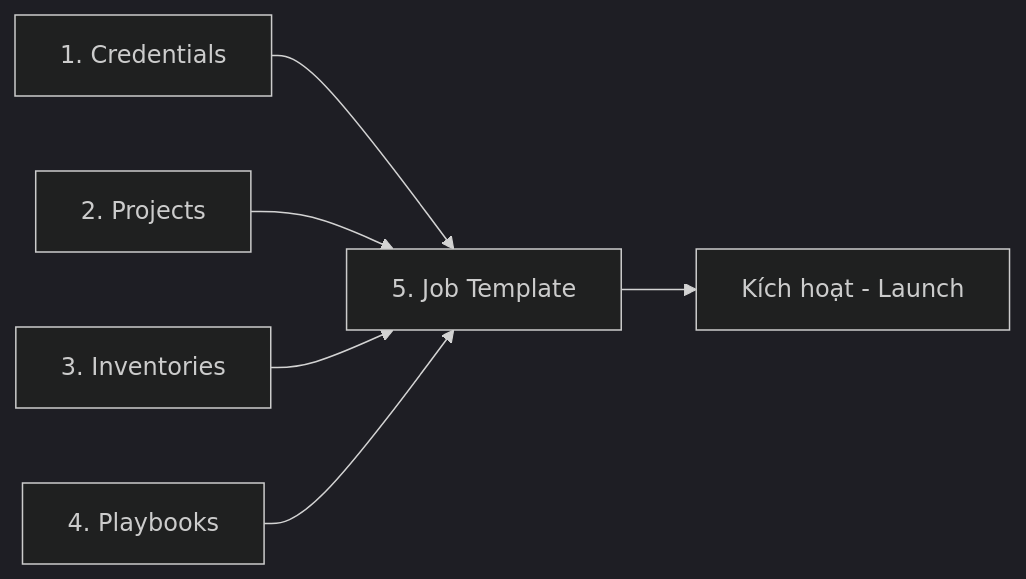
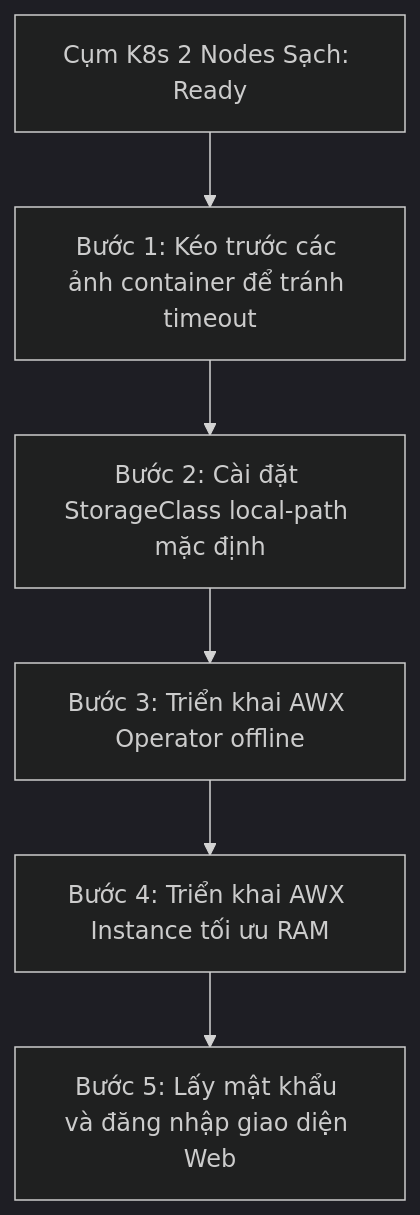
The diagram in awx/tai_lieu_huong_dan_va_cai_dat_awx.md (lovelybugf/Demo-Ansible-AU294), drawn with Mermaid (dark theme) before and after one commit. The commit also changed other lines of this file and 59 other files, not shown here.

````diff
--- a/awx/tai_lieu_huong_dan_va_cai_dat_awx.md
+++ b/awx/tai_lieu_huong_dan_va_cai_dat_awx.md
@@ -98,8 +9,8 @@
 ```mermaid
-graph LR
-    A[1. Credentials] --> E[5. Job Template]
-    B[2. Projects] --> E
-    C[3. Inventories] --> E
-    D[4. Playbooks] --> E
-    E --> F[Kích hoạt - Launch]
+graph TD
+    A[Cụm K8s 2 Nodes Sạch: Ready] --> B[Bước 1: Kéo trước các ảnh container để tránh timeout]
+    B --> C[Bước 2: Cài đặt StorageClass local-path mặc định]
+    C --> D[Bước 3: Triển khai AWX Operator offline]
+    D --> E[Bước 4: Triển khai AWX Instance tối ưu RAM]
+    E --> F[Bước 5: Lấy mật khẩu và đăng nhập giao diện Web]
 ```
````
